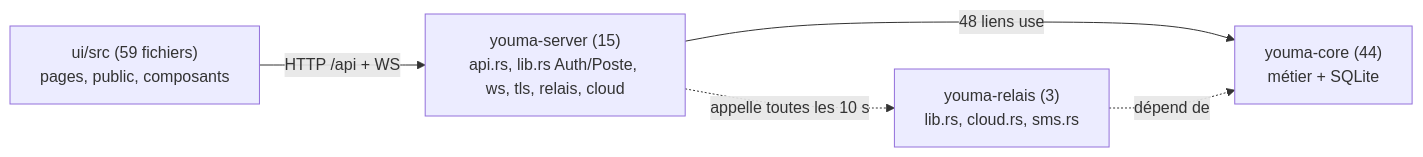
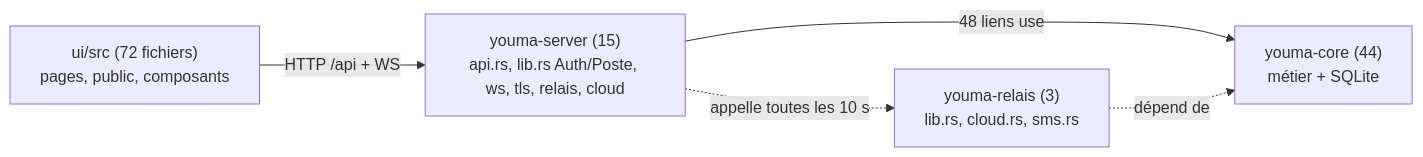
Before and after one commit to tijjanismk/youma: the diagram in AI_CONTEXT/ARCHITECTURE.md, drawn with Mermaid. The commit also changed other lines of this file and 11 other files, not shown here.

````diff
--- a/AI_CONTEXT/ARCHITECTURE.md
+++ b/AI_CONTEXT/ARCHITECTURE.md
@@ -21,8 +21,8 @@
 ```mermaid
 graph LR
-  UI["ui/src (59 fichiers)<br/>pages, public, composants"] -->|HTTP /api + WS| SRV
+  UI["ui/src (72 fichiers)<br/>pages, public, composants"] -->|HTTP /api + WS| SRV
   SRV["youma-server (15)<br/>api.rs, lib.rs Auth/Poste, ws, tls, relais, cloud"] -->|48 liens use| CORE
   CORE["youma-core (44)<br/>métier + SQLite"]
   REL["youma-relais (3)<br/>lib.rs, cloud.rs, sms.rs"] -. dépend de .-> CORE
   SRV -. appelle toutes les 10 s .-> REL
 ```
````
